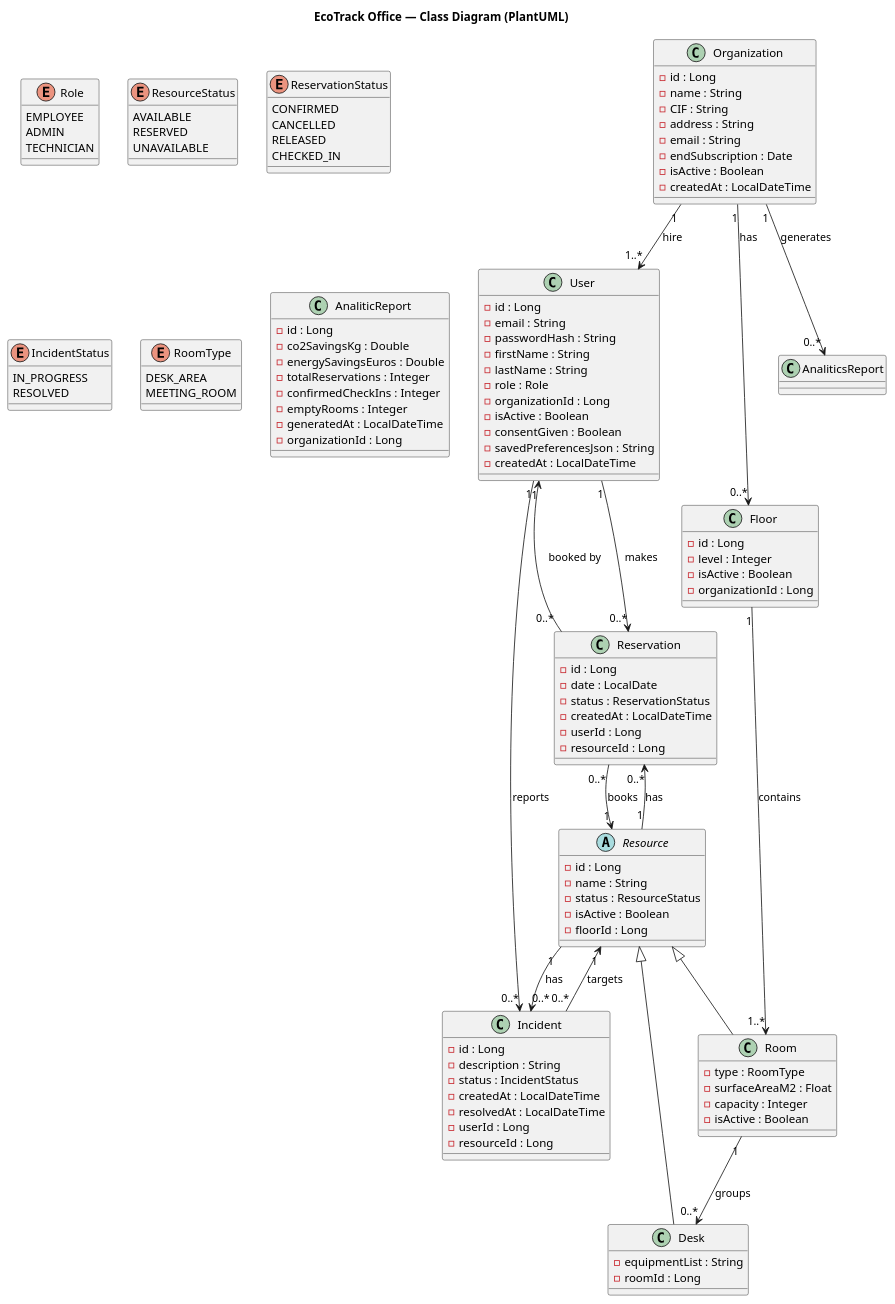
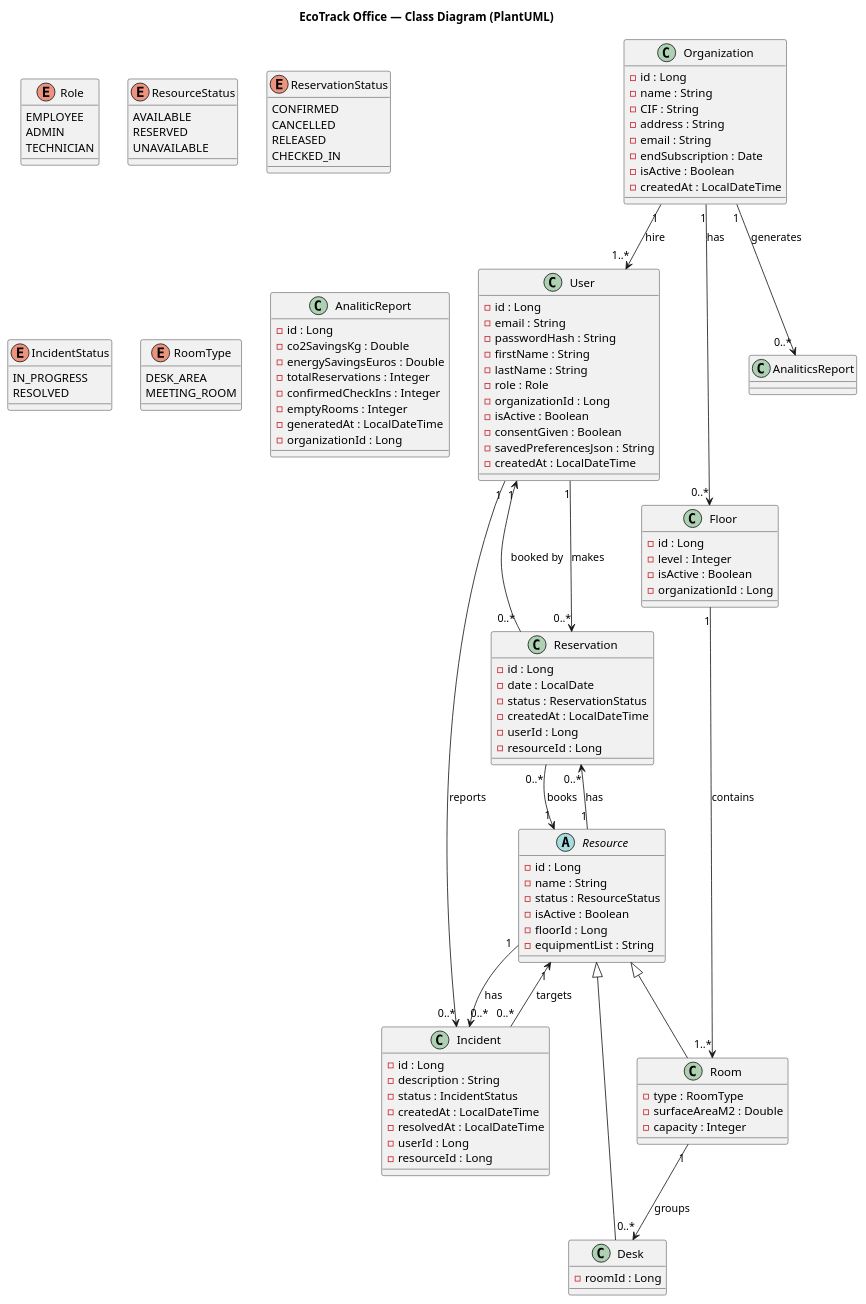
Before and after one commit to GuillaumeEven/ecotrack-office: the diagram in _bmad-output/planning-artifacts/class-diagram.md, drawn with PlantUML. The commit also changed 6 other files, not shown here.

```diff
--- a/_bmad-output/planning-artifacts/class-diagram.md
+++ b/_bmad-output/planning-artifacts/class-diagram.md
@@ -72,17 +72,16 @@
     - status : ResourceStatus
     - isActive : Boolean
     - floorId : Long
+    - equipmentList : String
 }
 
 class Room {
     - type : RoomType
-    - surfaceAreaM2 : Float
+    - surfaceAreaM2 : Double
     - capacity : Integer
-    - isActive : Boolean
 }
 
 class Desk {
-    - equipmentList : String
     - roomId : Long
 }
 
```
